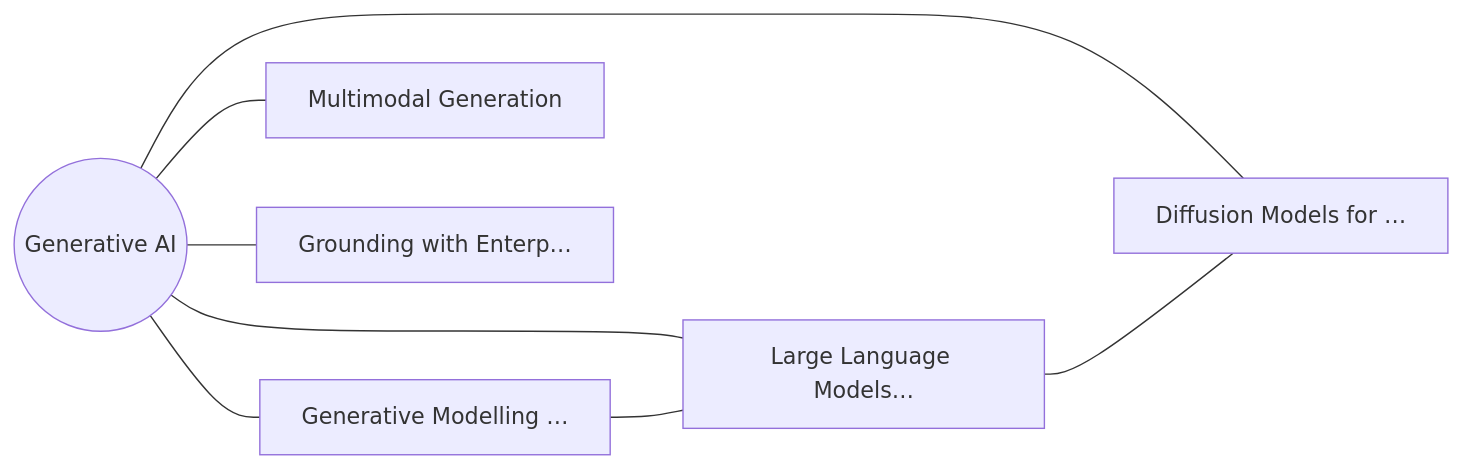
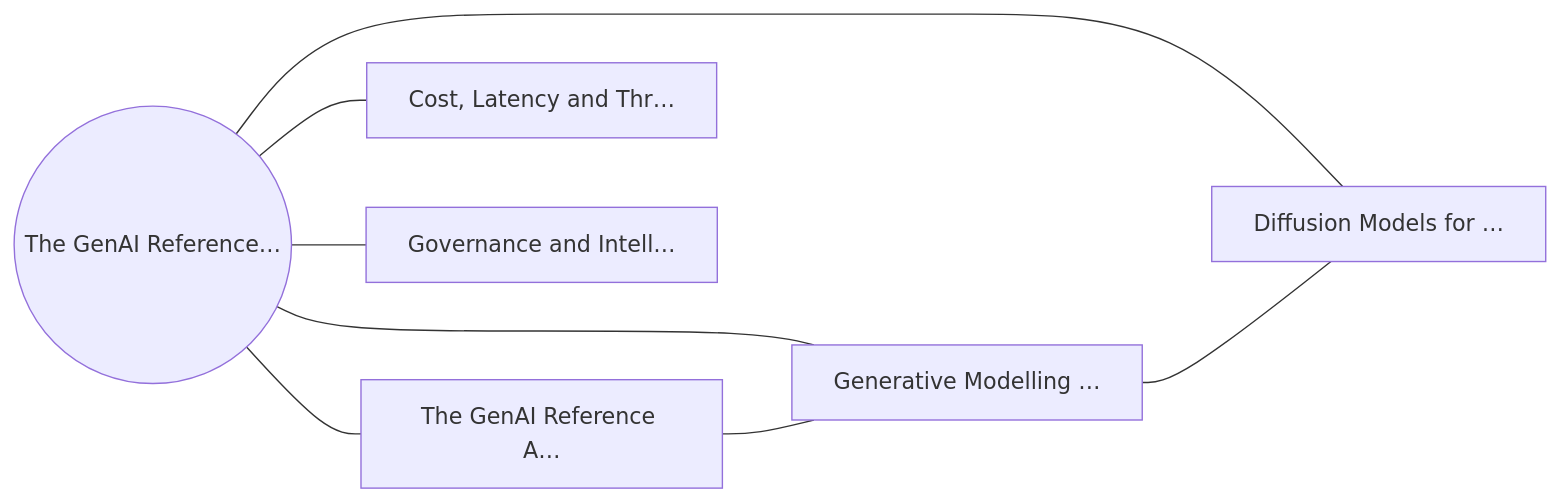
One commit to ankit05121980/AI-University changed the diagram in content/generative-ai/generative-ai-foundations/diagrams/fig-020-capability-map.mmd. Above: the diagram before and after it, drawn with Mermaid. The commit also changed 458 other files, not shown here.

First line of the commit message:
Add Diagram Studio (prompt/text -> diagram) and per-chapter diagram context

```diff
--- a/content/generative-ai/generative-ai-foundations/diagrams/fig-020-capability-map.mmd
+++ b/content/generative-ai/generative-ai-foundations/diagrams/fig-020-capability-map.mmd
@@ -1,9 +1,9 @@
 graph LR
-  D(("Generative AI"))
-  D --- C0[Generative Modelling …]
-  D --- C1[Large Language Models…]
+  D(("The GenAI Reference…"))
+  D --- C0[The GenAI Reference A…]
+  D --- C1[Generative Modelling …]
   D --- C2[Diffusion Models for …]
-  D --- C3[Multimodal Generation]
-  D --- C4[Grounding with Enterp…]
+  D --- C3[Cost, Latency and Thr…]
+  D --- C4[Governance and Intell…]
   C0 --- C1
   C1 --- C2
```
